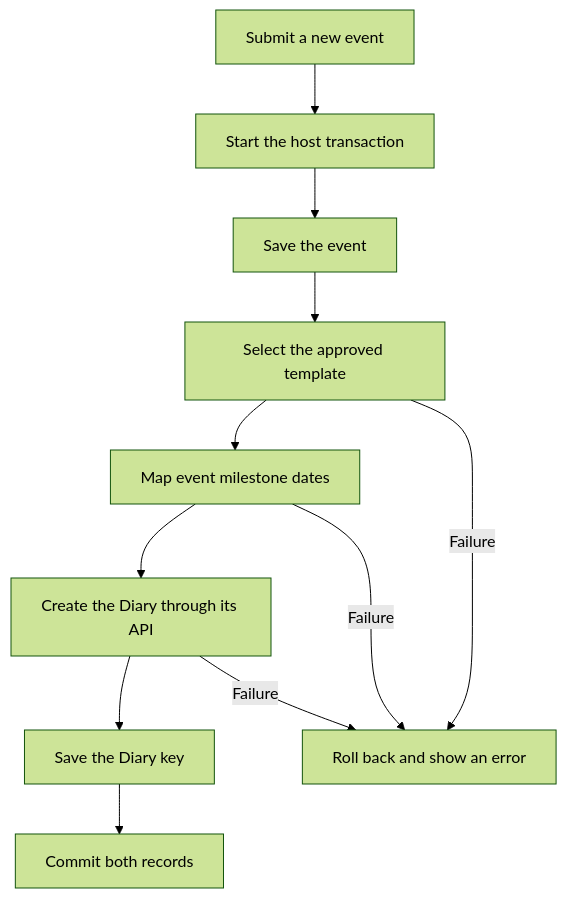
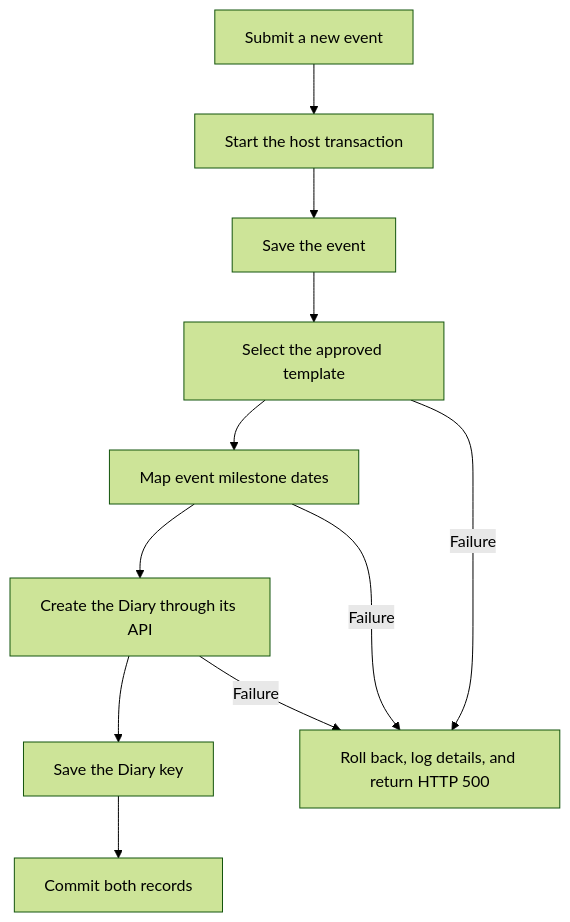
The diagram in GarageSale/DIARY_INTEGRATION.md (TonyFlury/GarageSale), drawn with Mermaid (forest theme) before and after one commit. The commit also changed other lines of this file and 7 other files, not shown here.

````diff
--- a/GarageSale/DIARY_INTEGRATION.md
+++ b/GarageSale/DIARY_INTEGRATION.md
@@ -201,13 +210,13 @@
 ```mermaid
 flowchart TD
     A[Submit a new event] --> B[Start the host transaction]
     B --> C[Save the event]
     C --> D[Select the approved template]
     D --> E[Map event milestone dates]
     E --> F[Create the Diary through its API]
     F --> G[Save the Diary key]
     G --> H[Commit both records]
-    D -->|Failure| I[Roll back and show an error]
+    D -->|Failure| I[Roll back, log details, and return HTTP 500]
     E -->|Failure| I
     F -->|Failure| I
 ```
````
